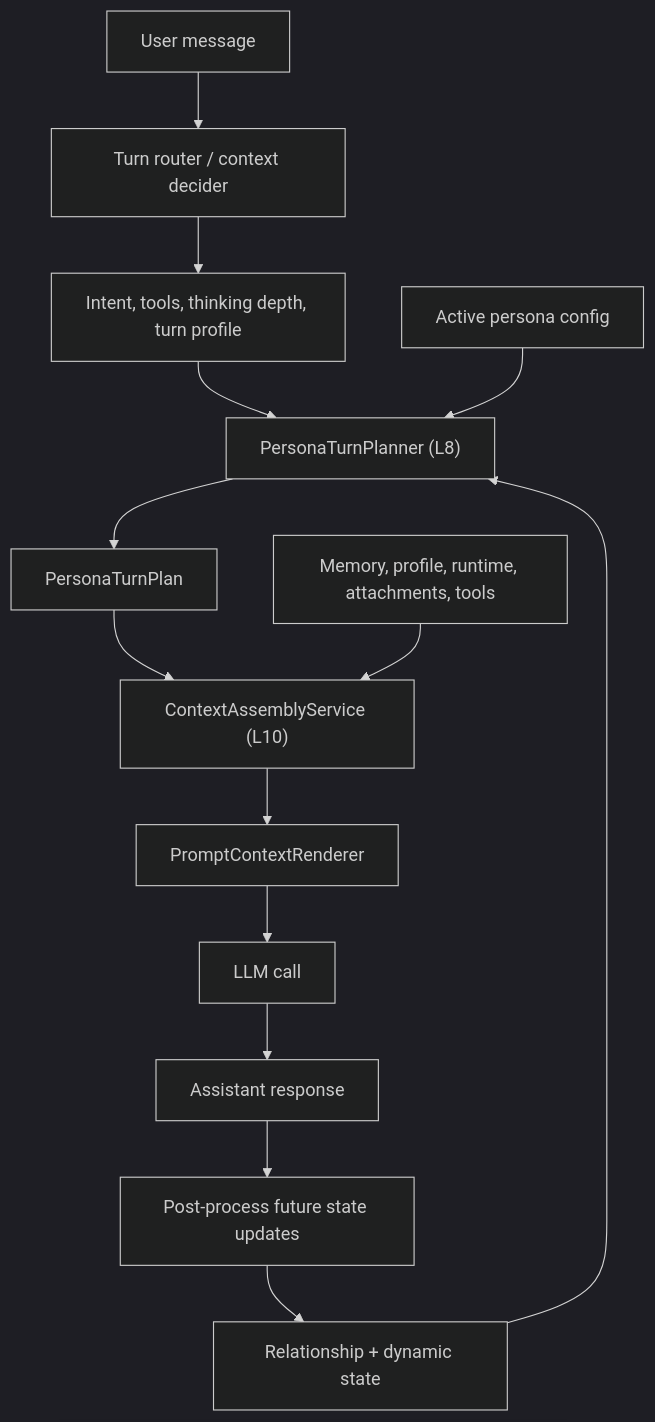
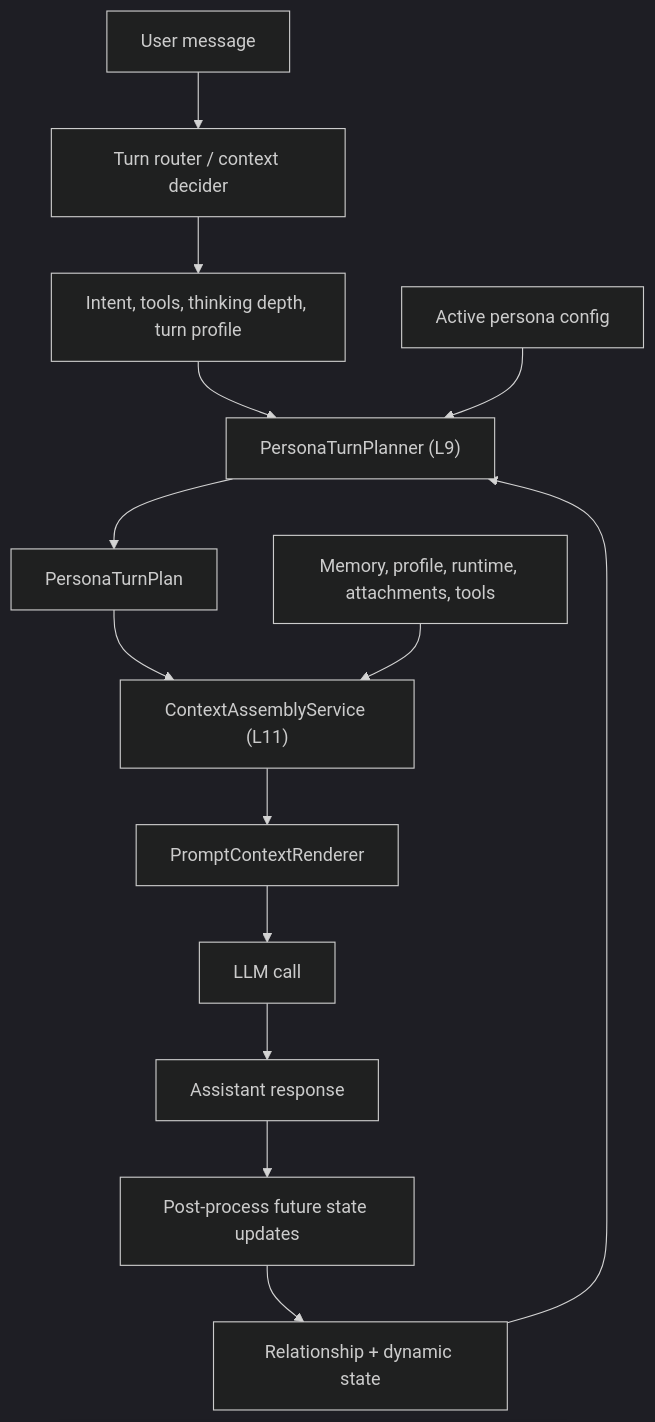
Before and after one commit to asukaonly/magi: the diagram in docs/persona-runtime-architecture.md, drawn with Mermaid (dark theme). The commit also changed other lines of this file and 2 other files, not shown here.

First line of the commit message:
docs: align architecture layer references

````diff
--- a/docs/persona-runtime-architecture.md
+++ b/docs/persona-runtime-architecture.md
@@ -57,16 +57,16 @@
 ```mermaid
 flowchart TD
     U["User message"] --> R["Turn router / context decider"]
     R --> D["Intent, tools, thinking depth, turn profile"]
-    D --> P["PersonaTurnPlanner (L8)"]
+    D --> P["PersonaTurnPlanner (L9)"]
     C["Active persona config"] --> P
     S["Relationship + dynamic state"] --> P
     P --> T["PersonaTurnPlan"]
-    T --> A["ContextAssemblyService (L10)"]
+    T --> A["ContextAssemblyService (L11)"]
     M["Memory, profile, runtime, attachments, tools"] --> A
     A --> X["PromptContextRenderer"]
     X --> L["LLM call"]
     L --> O["Assistant response"]
     O --> Q["Post-process future state updates"]
     Q --> S
 ```
````
